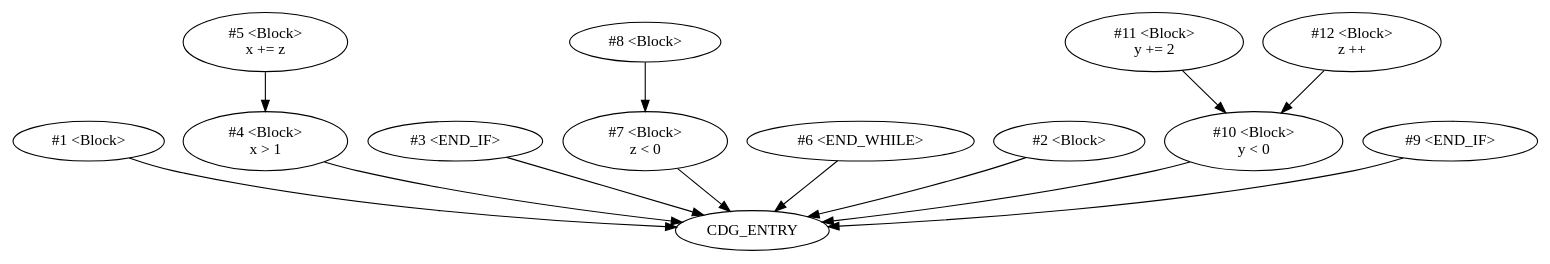
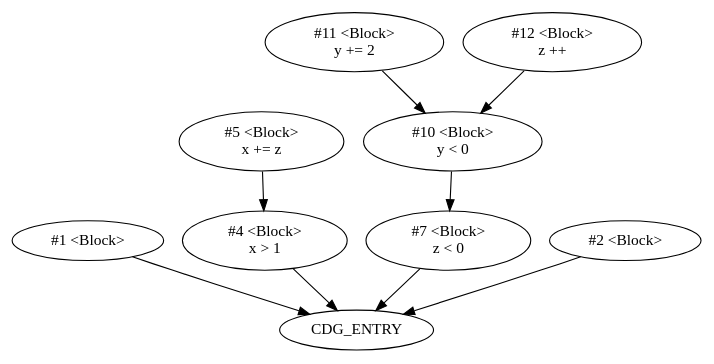
One commit to h-mole/MetronomeStatic changed the diagram in examples/code-property-graph/cdg.dot. Above: the diagram before and after it, drawn with Graphviz. The commit also changed 31 other files, not shown here.

Commit message:
modified diagrams

```diff
--- a/examples/code-property-graph/cdg.dot
+++ b/examples/code-property-graph/cdg.dot
@@ -1,27 +1,19 @@
 strict digraph  {
 1 [label="#1 &lt;Block&gt;\n"];
 4 [label="#4 &lt;Block&gt;\nx > 1"];
 5 [label="#5 &lt;Block&gt;\nx += z"];
-3 [label="#3 &lt;END_IF&gt;\n"];
 7 [label="#7 &lt;Block&gt;\nz < 0"];
-8 [label="#8 &lt;Block&gt;\n"];
-6 [label="#6 &lt;END_WHILE&gt;\n"];
+10 [label="#10 &lt;Block&gt;\ny < 0"];
 2 [label="#2 &lt;Block&gt;\n"];
-10 [label="#10 &lt;Block&gt;\ny < 0"];
 11 [label="#11 &lt;Block&gt;\ny += 2"];
 12 [label="#12 &lt;Block&gt;\nz ++"];
-9 [label="#9 &lt;END_IF&gt;\n"];
 CDG_ENTRY;
 1 -> CDG_ENTRY;
 4 -> CDG_ENTRY;
 5 -> 4;
-3 -> CDG_ENTRY;
 7 -> CDG_ENTRY;
-8 -> 7;
-6 -> CDG_ENTRY;
+10 -> 7;
 2 -> CDG_ENTRY;
-10 -> CDG_ENTRY;
 11 -> 10;
 12 -> 10;
-9 -> CDG_ENTRY;
 }
```
